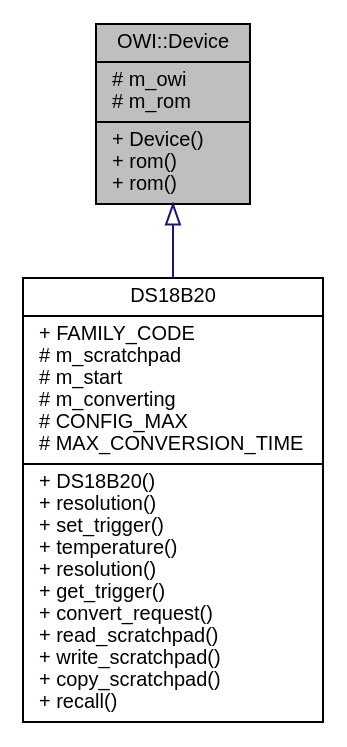
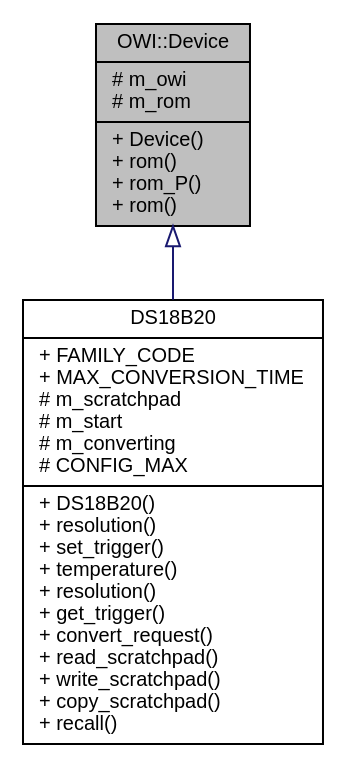
One commit to mikaelpatel/mikaelpatel.github.io changed the diagram in Arduino-OWI/d7/db8/classOWI_1_1Device__inherit__graph.dot. Above: the diagram before and after it, drawn with Graphviz. The commit also changed 133 other files, not shown here.

```diff
--- a/Arduino-OWI/d7/db8/classOWI_1_1Device__inherit__graph.dot
+++ b/Arduino-OWI/d7/db8/classOWI_1_1Device__inherit__graph.dot
@@ -1,8 +1,8 @@
 digraph "OWI::Device"
 {
   edge [fontname="Helvetica",fontsize="10",labelfontname="Helvetica",labelfontsize="10"];
   node [fontname="Helvetica",fontsize="10",shape=record];
-  Node1 [label="{OWI::Device\n|# m_owi\l# m_rom\l|+ Device()\l+ rom()\l+ rom()\l}",height=0.2,width=0.4,color="black", fillcolor="grey75", style="filled", fontcolor="black"];
+  Node1 [label="{OWI::Device\n|# m_owi\l# m_rom\l|+ Device()\l+ rom()\l+ rom_P()\l+ rom()\l}",height=0.2,width=0.4,color="black", fillcolor="grey75", style="filled", fontcolor="black"];
   Node1 -> Node2 [dir="back",color="midnightblue",fontsize="10",style="solid",arrowtail="onormal",fontname="Helvetica"];
-  Node2 [label="{DS18B20\n|+ FAMILY_CODE\l# m_scratchpad\l# m_start\l# m_converting\l# CONFIG_MAX\l# MAX_CONVERSION_TIME\l|+ DS18B20()\l+ resolution()\l+ set_trigger()\l+ temperature()\l+ resolution()\l+ get_trigger()\l+ convert_request()\l+ read_scratchpad()\l+ write_scratchpad()\l+ copy_scratchpad()\l+ recall()\l}",height=0.2,width=0.4,color="black", fillcolor="white", style="filled",URL="$da/dc6/classDS18B20.html"];
+  Node2 [label="{DS18B20\n|+ FAMILY_CODE\l+ MAX_CONVERSION_TIME\l# m_scratchpad\l# m_start\l# m_converting\l# CONFIG_MAX\l|+ DS18B20()\l+ resolution()\l+ set_trigger()\l+ temperature()\l+ resolution()\l+ get_trigger()\l+ convert_request()\l+ read_scratchpad()\l+ write_scratchpad()\l+ copy_scratchpad()\l+ recall()\l}",height=0.2,width=0.4,color="black", fillcolor="white", style="filled",URL="$da/dc6/classDS18B20.html"];
 }
```
